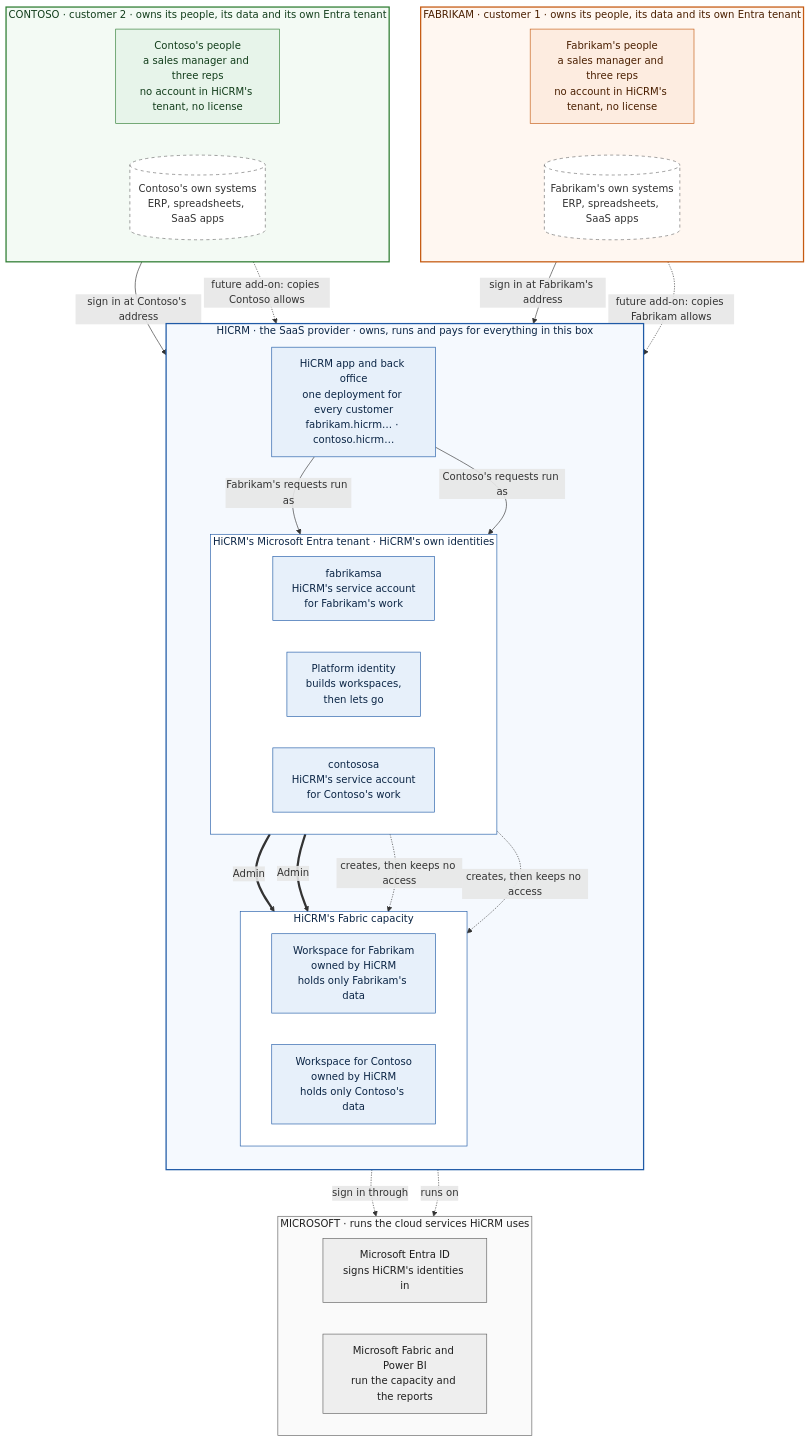
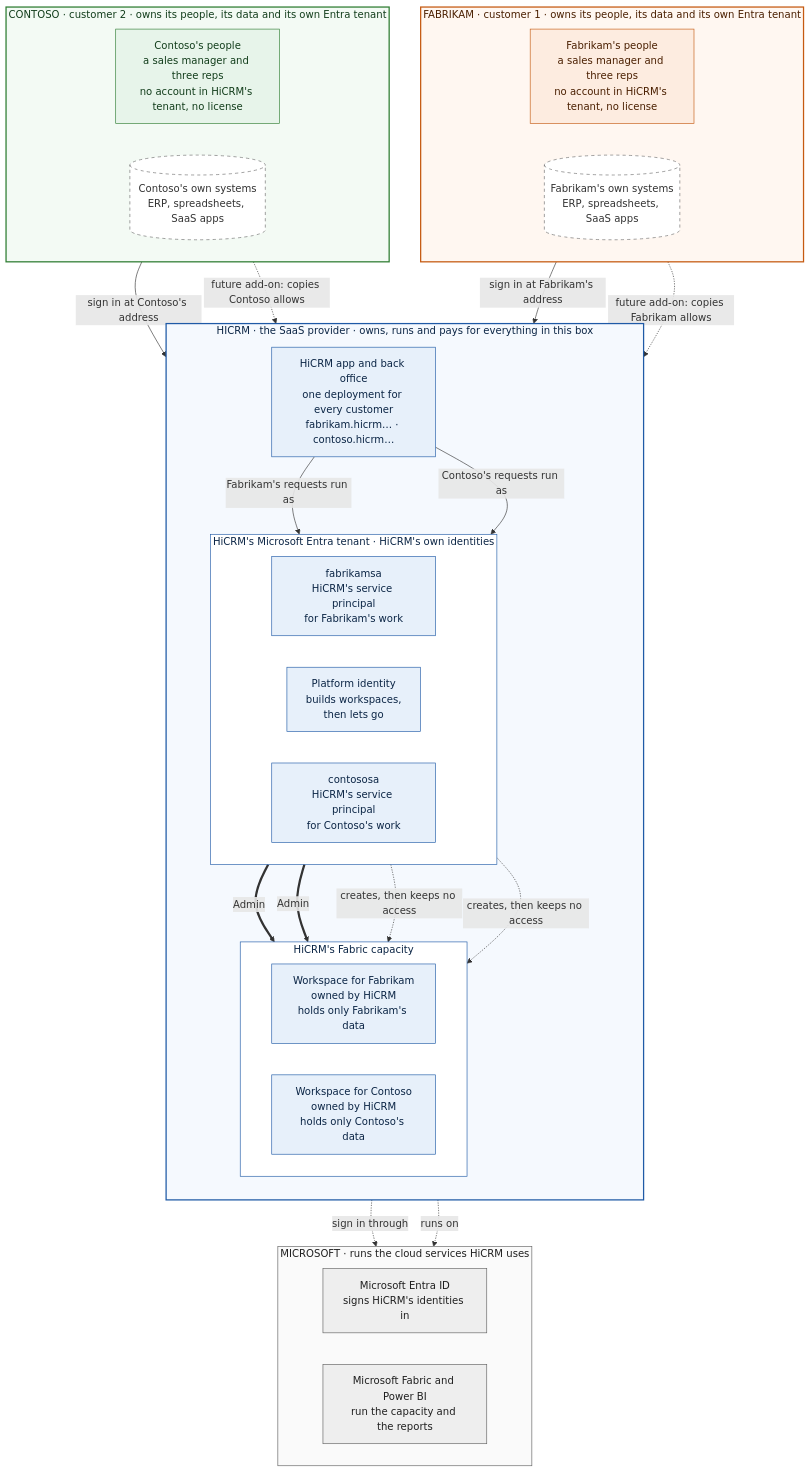
One commit to apkola29/fabric changed the first of 2 diagrams in saas-platform/README.md. Above: the diagram before and after it, drawn with Mermaid. The commit also changed other lines of this file and 29 other files, not shown here.

First line of the commit message:
saas-platform: View as personas, a diagrams page and validation fixes

````diff
--- a/saas-platform/README.md
+++ b/saas-platform/README.md
@@ -49,69 +49,69 @@
 ```mermaid
 flowchart TB
   %% Who owns what. Orange: Fabrikam, green: Contoso (two customers of HiCRM). Blue: HiCRM, the SaaS provider.
   %% Grey: Microsoft. Dashed: the future data integration add-on.
 
   subgraph FAB["FABRIKAM · customer 1 · owns its people, its data and its own Entra tenant"]
     direction LR
     FPPL["Fabrikam's people<br/>a sales manager and three reps<br/>no account in HiCRM's tenant, no license"]
     FSYS[("Fabrikam's own systems<br/>ERP, spreadsheets, SaaS apps")]
   end
 
   subgraph CON["CONTOSO · customer 2 · owns its people, its data and its own Entra tenant"]
     direction LR
     CPPL["Contoso's people<br/>a sales manager and three reps<br/>no account in HiCRM's tenant, no license"]
     CSYS[("Contoso's own systems<br/>ERP, spreadsheets, SaaS apps")]
   end
 
   subgraph HI["HICRM · the SaaS provider · owns, runs and pays for everything in this box"]
     direction TB
     APP["HiCRM app and back office<br/>one deployment for every customer<br/>fabrikam.hicrm… · contoso.hicrm…"]
     subgraph IDS["HiCRM's Microsoft Entra tenant · HiCRM's own identities"]
       direction LR
-      FSA["fabrikamsa<br/>HiCRM's service account<br/>for Fabrikam's work"]
+      FSA["fabrikamsa<br/>HiCRM's service principal<br/>for Fabrikam's work"]
       PID["Platform identity<br/>builds workspaces,<br/>then lets go"]
-      CSA["contososa<br/>HiCRM's service account<br/>for Contoso's work"]
+      CSA["contososa<br/>HiCRM's service principal<br/>for Contoso's work"]
     end
     subgraph CAP["HiCRM's Fabric capacity"]
       direction LR
       FWS["Workspace for Fabrikam<br/>owned by HiCRM<br/>holds only Fabrikam's data"]
       CWS["Workspace for Contoso<br/>owned by HiCRM<br/>holds only Contoso's data"]
     end
   end
 
   subgraph MS["MICROSOFT · runs the cloud services HiCRM uses"]
     direction LR
     MEID["Microsoft Entra ID<br/>signs HiCRM's identities in"]
     MFAB["Microsoft Fabric and Power BI<br/>run the capacity and the reports"]
   end
 
   FPPL -->|"sign in at Fabrikam's address"| APP
   CPPL -->|"sign in at Contoso's address"| APP
   APP -->|"Fabrikam's requests run as"| FSA
   APP -->|"Contoso's requests run as"| CSA
   FSA ==>|"Admin"| FWS
   CSA ==>|"Admin"| CWS
   PID -.->|"creates, then keeps no access"| FWS
   PID -.->|"creates, then keeps no access"| CWS
   FSYS -.->|"future add-on: copies Fabrikam allows"| FWS
   CSYS -.->|"future add-on: copies Contoso allows"| CWS
   IDS -.->|"sign in through"| MEID
   CAP -.->|"runs on"| MFAB
 
   classDef fabrikam fill:#FDECE0,stroke:#C55A11,color:#4A1F00
   classDef contoso fill:#E7F4EA,stroke:#2E7D32,color:#123D1B
   classDef hicrm fill:#E7F0FA,stroke:#1F5AA6,color:#0B2545
   classDef microsoft fill:#EEEEEE,stroke:#5F5F5F,color:#1F1F1F
   classDef future fill:#FFFFFF,stroke:#6B6B6B,stroke-dasharray:5 5,color:#333333
   class FPPL fabrikam
   class CPPL contoso
   class FSYS,CSYS future
   class APP,FSA,PID,CSA,FWS,CWS hicrm
   class MEID,MFAB microsoft
   style FAB fill:#FFF7F1,stroke:#C55A11,stroke-width:2px,color:#4A1F00
   style CON fill:#F3FAF4,stroke:#2E7D32,stroke-width:2px,color:#123D1B
   style HI fill:#F5F9FE,stroke:#1F5AA6,stroke-width:2px,color:#0B2545
   style IDS fill:#FFFFFF,stroke:#1F5AA6,color:#0B2545
   style CAP fill:#FFFFFF,stroke:#1F5AA6,color:#0B2545
   style MS fill:#FAFAFA,stroke:#5F5F5F,color:#1F1F1F
 ```
````
